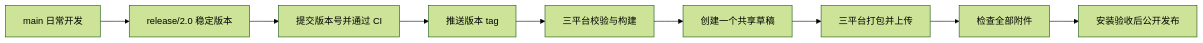
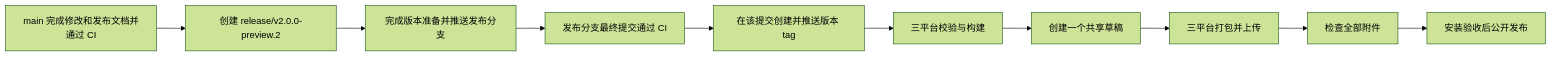
Before and after one commit to experdot/pointer: the diagram in docs/release-guide.md, drawn with Mermaid (forest theme). The commit also changed other lines of this file, not shown here.

Commit message:
docs: align release guide with version branches

````diff
--- a/docs/release-guide.md
+++ b/docs/release-guide.md
@@ -18,11 +18,12 @@
 ```mermaid
 flowchart LR
-    A[main 日常开发] --> B[release/2.0 稳定版本]
-    B --> C[提交版本号并通过 CI]
-    C --> D[推送版本 tag]
+    A[main 完成修改和发布文档并通过 CI] --> B[创建 release/v2.0.0-preview.2]
+    B --> C[完成版本准备并推送发布分支]
+    C --> C1[发布分支最终提交通过 CI]
+    C1 --> D[在该提交创建并推送版本 tag]
     D --> E[三平台校验与构建]
     E --> F[创建一个共享草稿]
     F --> G[三平台打包并上传]
     G --> H[检查全部附件]
     H --> I[安装验收后公开发布]
 ```
````
